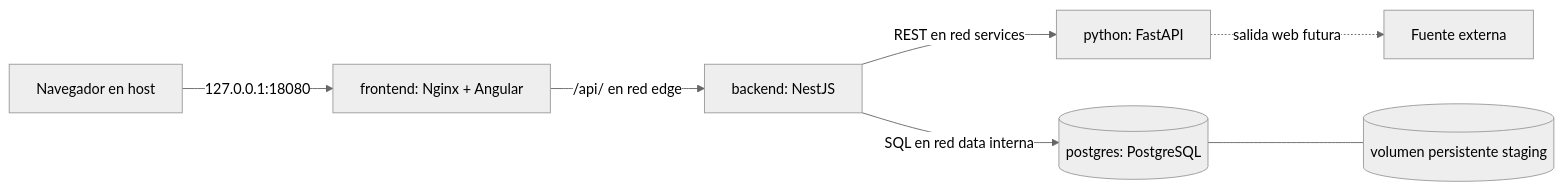
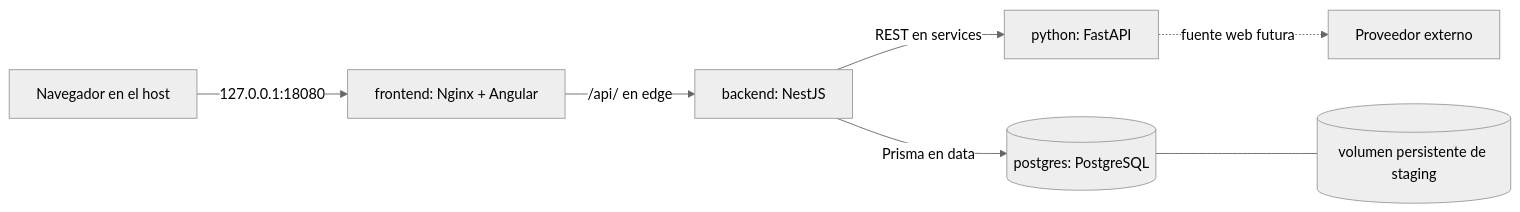
One commit to Fourdath/Habita3D changed the third of 3 diagrams in docs/architecture/overview.md. Above: the diagram before and after it, drawn with Mermaid (neutral theme). The commit also changed other lines of this file and 8 other files, not shown here.

````diff
--- a/docs/architecture/overview.md
+++ b/docs/architecture/overview.md
@@ -41,9 +96,9 @@
 ```mermaid
 flowchart LR
-    Browser[Navegador en host] -->|127.0.0.1:18080| Nginx[frontend: Nginx + Angular]
-    Nginx -->|/api/ en red edge| Nest[backend: NestJS]
-    Nest -->|REST en red services| Python[python: FastAPI]
-    Nest -->|SQL en red data interna| Postgres[(postgres: PostgreSQL)]
-    Postgres --- Volume[(volumen persistente staging)]
-    Python -.->|salida web futura| Source[Fuente externa]
+    Browser[Navegador en el host] -->|127.0.0.1:18080| Nginx[frontend: Nginx + Angular]
+    Nginx -->|/api/ en edge| Nest[backend: NestJS]
+    Nest -->|REST en services| Python[python: FastAPI]
+    Nest -->|Prisma en data| Postgres[(postgres: PostgreSQL)]
+    Postgres --- Volume[(volumen persistente de staging)]
+    Python -.->|fuente web futura| Source[Proveedor externo]
 ```
````
